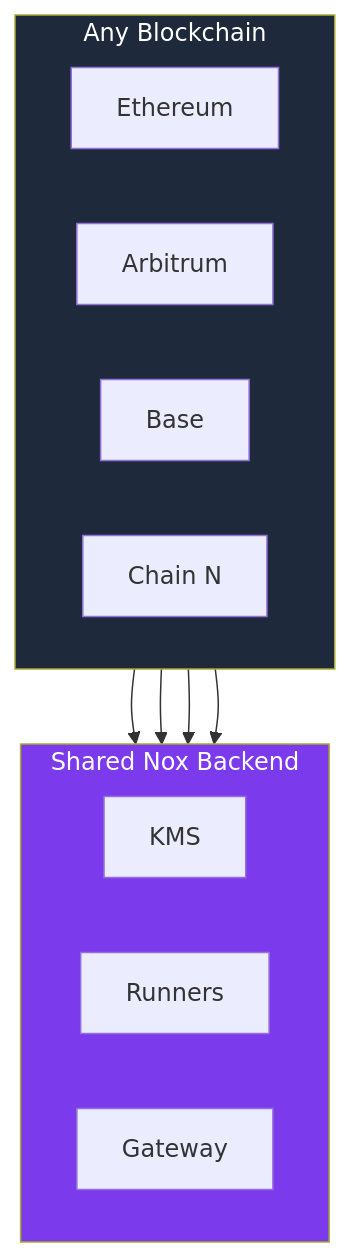
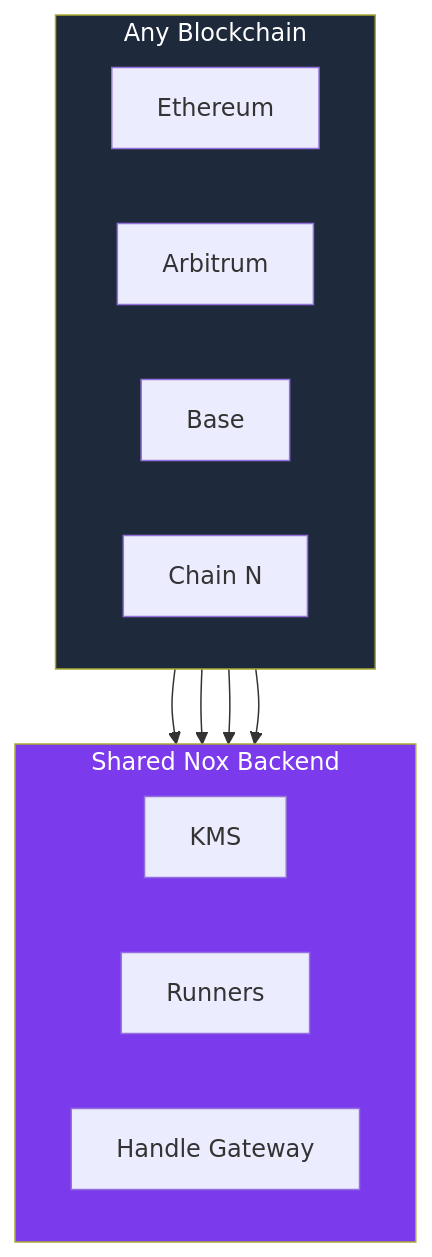
The fifth of 5 diagrams in src/protocol/protocol-vision.md (iExec-Nox/documentation), drawn with Mermaid before and after one commit. The commit also changed other lines of this file and 11 other files, not shown here.

````diff
--- a/src/protocol/protocol-vision.md
+++ b/src/protocol/protocol-vision.md
@@ -312,25 +312,25 @@
 ```mermaid
 flowchart TB
     subgraph chains ["Any Blockchain"]
         direction LR
         C1["Ethereum"]
         C2["Arbitrum"]
         C3["Base"]
         CN["Chain N"]
     end
 
     subgraph nox ["Shared Nox Backend"]
         direction LR
         KMS["KMS"]
         Runners["Runners"]
-        GW["Gateway"]
+        GW["Handle Gateway"]
     end
 
     C1 --> nox
     C2 --> nox
     C3 --> nox
     CN --> nox
 
     style chains fill:#1e293b,color:#fff
     style nox fill:#7c3aed,color:#fff
 ```
````
